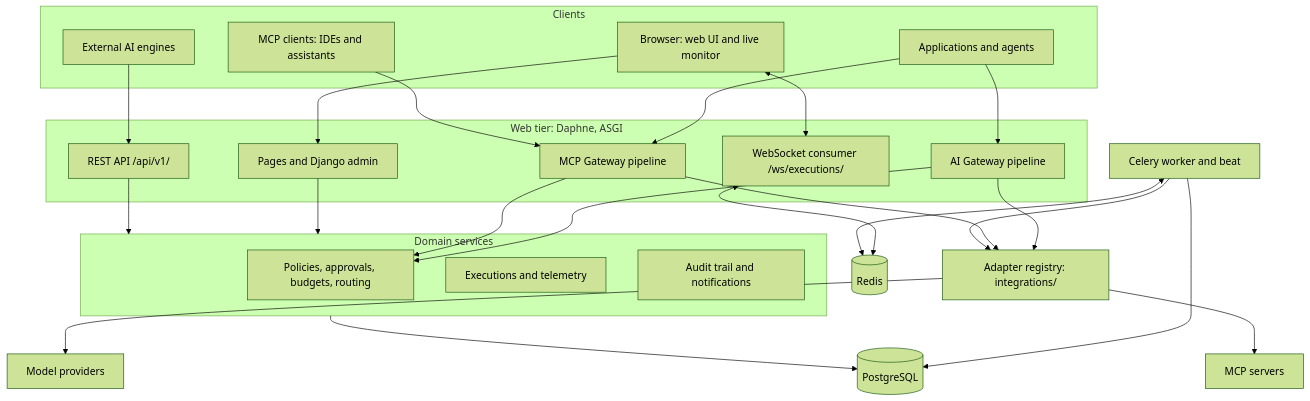
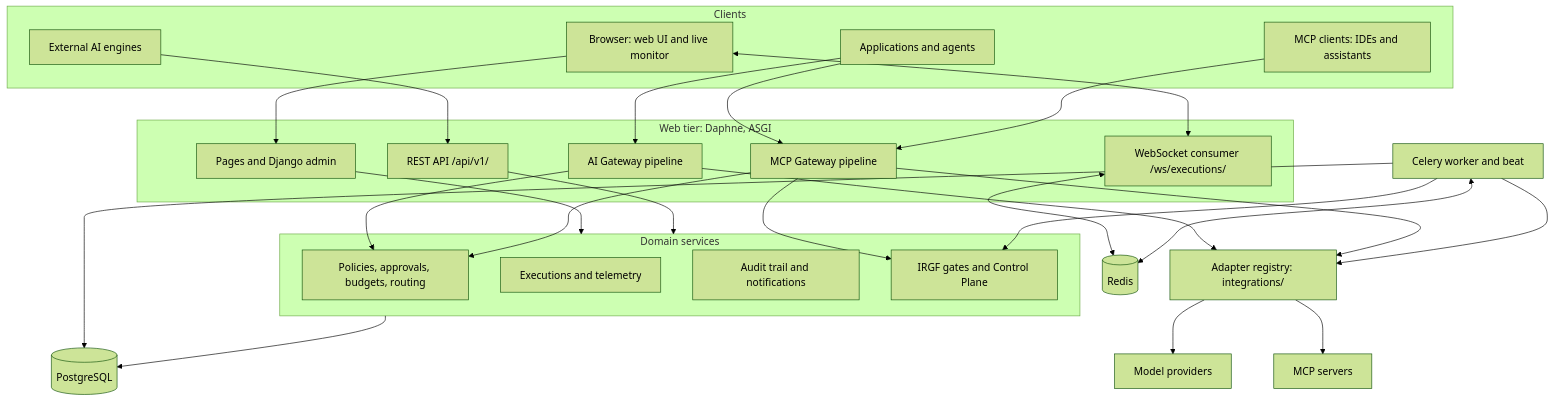
Before and after one commit to rajan24oct/AI-Control-Tower: the first of 2 diagrams in docs/technical-guide.md, drawn with Mermaid (forest theme). The commit also changed other lines of this file and 51 other files, not shown here.

Commit message:
Added TGRF Stages and Gates control

````diff
--- a/docs/technical-guide.md
+++ b/docs/technical-guide.md
@@ -111,50 +116,53 @@
 ```mermaid
 flowchart TB
     subgraph clients["Clients"]
         browser["Browser: web UI and live monitor"]
         apps["Applications and agents"]
         mcpc["MCP clients: IDEs and assistants"]
         engines["External AI engines"]
     end
 
     subgraph web["Web tier: Daphne, ASGI"]
         ui["Pages and Django admin"]
         api["REST API /api/v1/"]
         aigw["AI Gateway pipeline"]
         mcpgw["MCP Gateway pipeline"]
         ws["WebSocket consumer /ws/executions/"]
     end
 
     subgraph domain["Domain services"]
         gov["Policies, approvals, budgets, routing"]
         tel["Executions and telemetry"]
         audit["Audit trail and notifications"]
+        irgf["IRGF gates and Control Plane"]
     end
 
     adapters["Adapter registry: integrations/"]
     workers["Celery worker and beat"]
     db[("PostgreSQL")]
     redis[("Redis")]
     upstream["Model providers"]
     mcpservers["MCP servers"]
 
     browser --> ui
     browser <--> ws
     apps --> aigw
     apps --> mcpgw
     mcpc --> mcpgw
     engines --> api
     ui --> domain
     api --> domain
     aigw --> gov
     mcpgw --> gov
+    mcpgw --> irgf
+    workers --> irgf
     aigw --> adapters
     mcpgw --> adapters
     adapters --> upstream
     adapters --> mcpservers
     domain --> db
     workers --> db
     workers --> adapters
     ws <--> redis
     workers <--> redis
 ```
````
